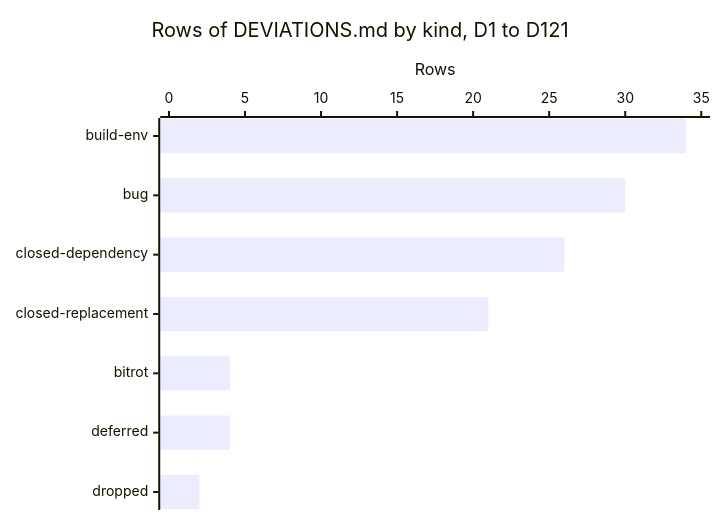
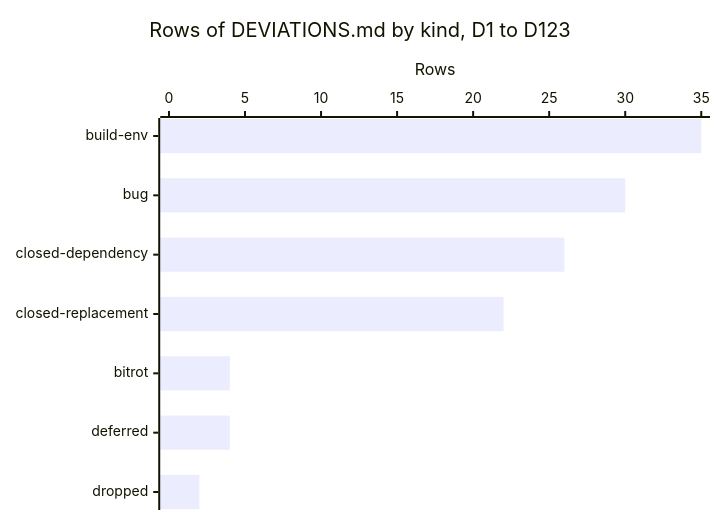
Before and after one commit to nyg/PowerDarwin: the first of 2 diagrams in docs/src/synthesis/kinds-of-deviation.md, drawn with Mermaid. The commit also changed other lines of this file and 15 other files, not shown here.

````diff
--- a/docs/src/synthesis/kinds-of-deviation.md
+++ b/docs/src/synthesis/kinds-of-deviation.md
@@ -27,7 +27,7 @@
 ```mermaid
 xychart-beta horizontal
-    title "Rows of DEVIATIONS.md by kind, D1 to D121"
+    title "Rows of DEVIATIONS.md by kind, D1 to D123"
     x-axis ["build-env", "bug", "closed-dependency", "closed-replacement", "bitrot", "deferred", "dropped"]
     y-axis "Rows" 0 --> 35
-    bar [34, 30, 26, 21, 4, 4, 2]
+    bar [35, 30, 26, 22, 4, 4, 2]
 ```
````
